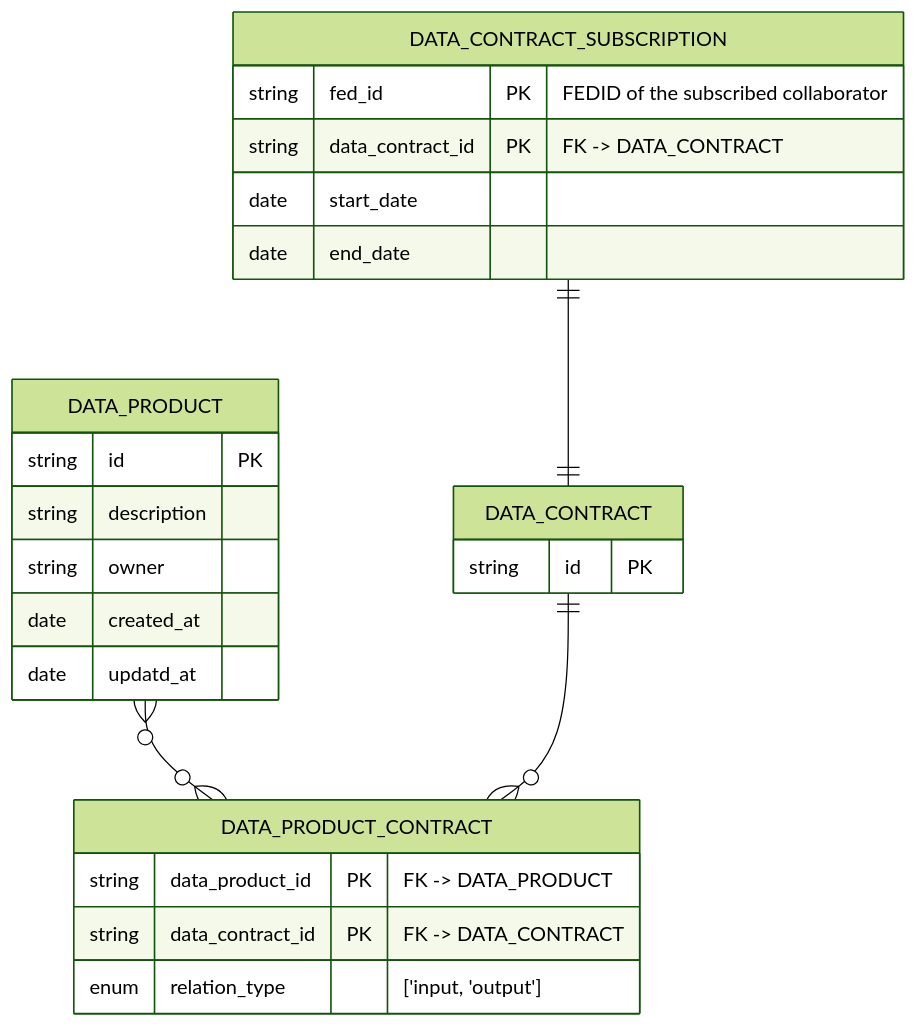
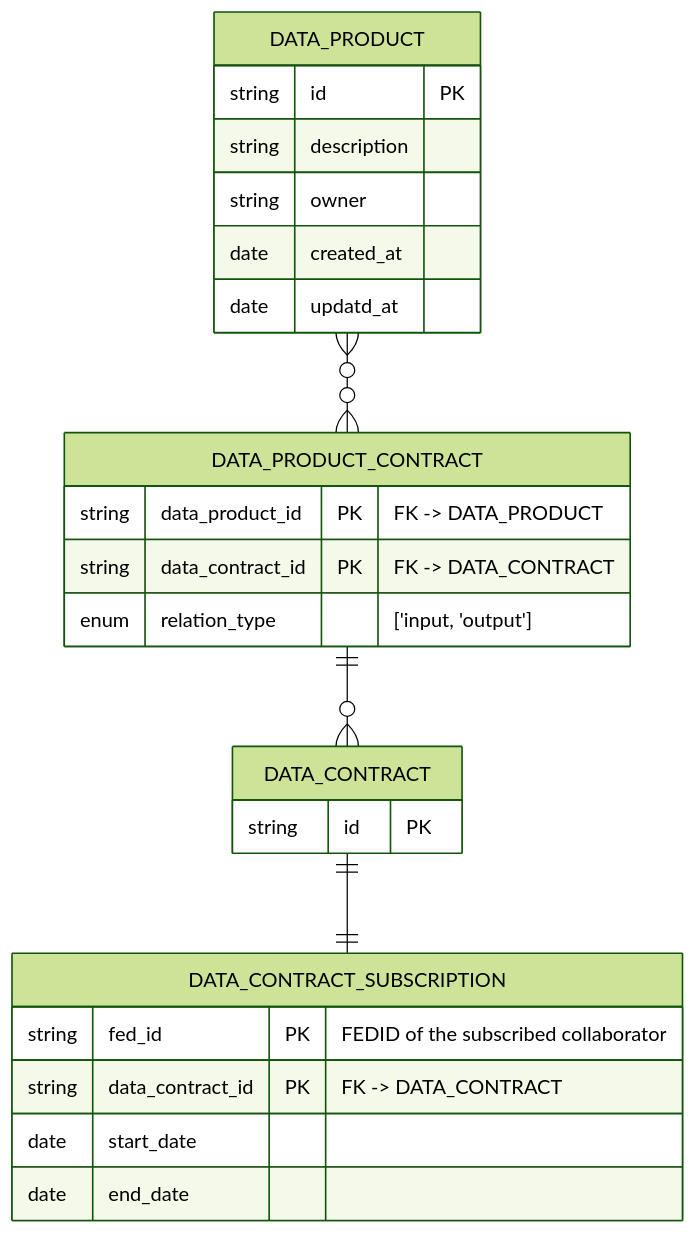
The diagram in docs/relational_model.md (monmaya/base-impl), drawn with Mermaid (forest theme) before and after one commit.

Commit message:
update ERM diagramme

````diff
--- a/docs/relational_model.md
+++ b/docs/relational_model.md
@@ -5,37 +5,37 @@
 ```mermaid
 
 erDiagram
 
     DATA_PRODUCT {
         string id PK
         string description
         string owner
         date created_at
         date updatd_at
     }
 
     DATA_CONTRACT {
         string id PK
     }
 
     DATA_PRODUCT }o--o{ DATA_PRODUCT_CONTRACT : ""
 
     DATA_PRODUCT_CONTRACT {
         string data_product_id PK "FK -> DATA_PRODUCT"
         string data_contract_id PK "FK -> DATA_CONTRACT"
         enum relation_type "['input, 'output']"
     }
 
     DATA_CONTRACT_SUBSCRIPTION {
         string fed_id PK "FEDID of the subscribed collaborator"
         string data_contract_id PK "FK -> DATA_CONTRACT"
         date start_date
         date end_date 
     }
 
-    DATA_CONTRACT ||--o{ DATA_PRODUCT_CONTRACT : ""
+    DATA_PRODUCT_CONTRACT ||--o{ DATA_CONTRACT : ""
 
-    DATA_CONTRACT_SUBSCRIPTION ||--|| DATA_CONTRACT : ""
+    DATA_CONTRACT ||--|| DATA_CONTRACT_SUBSCRIPTION : ""
 
 
   ```
````
